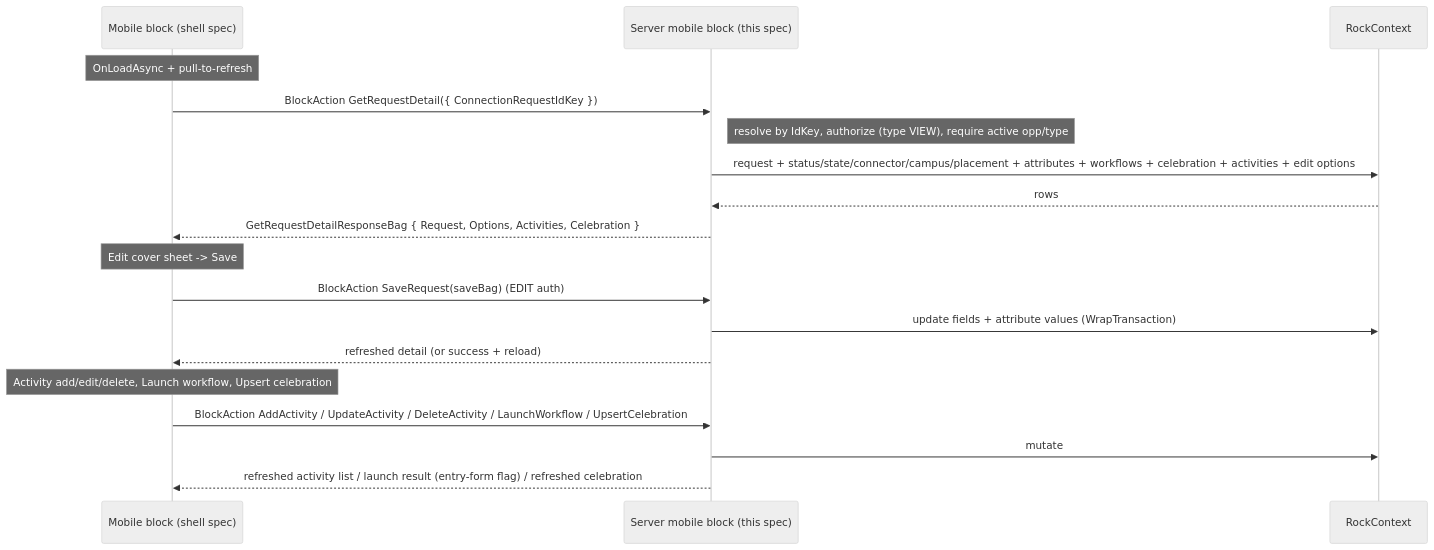
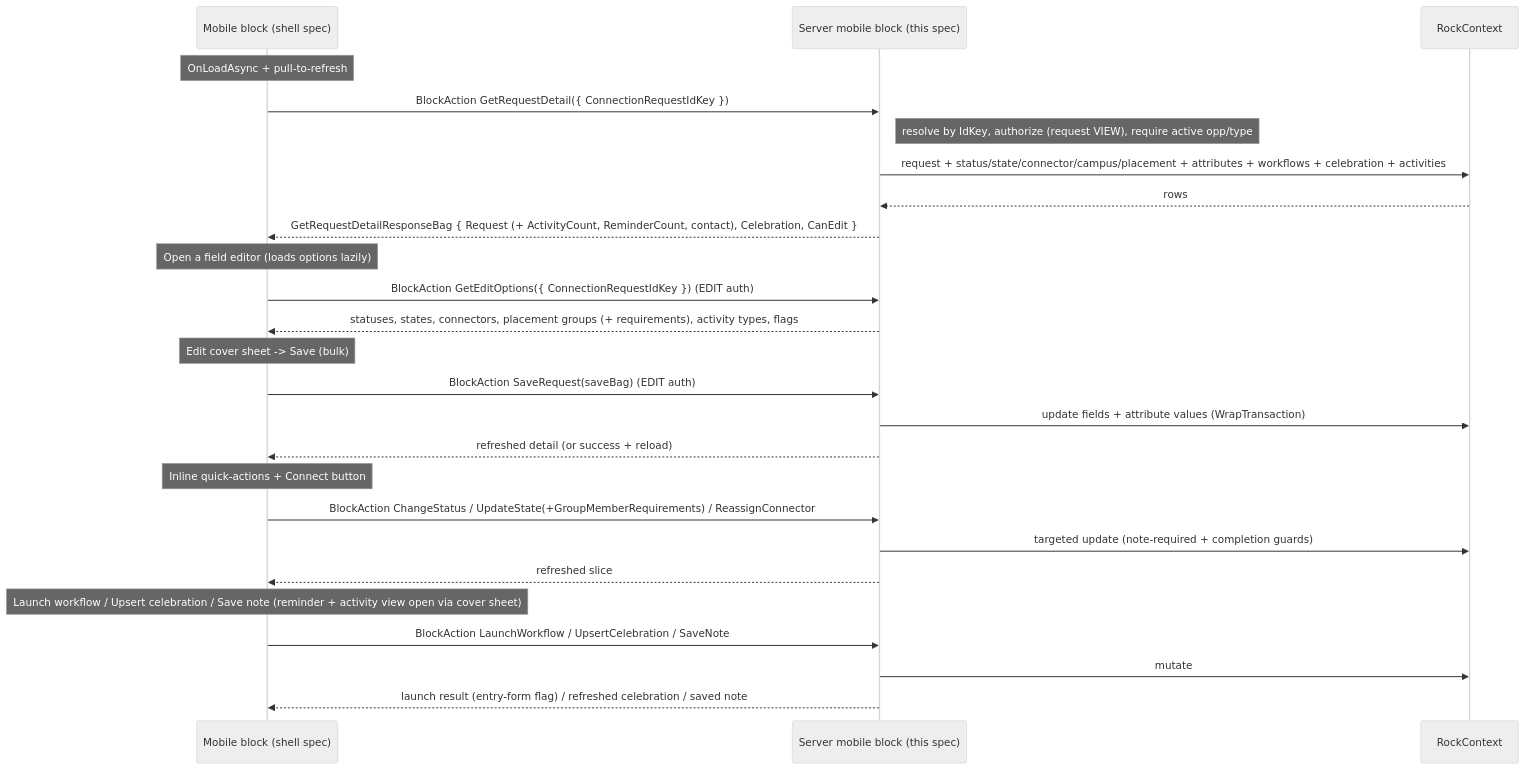
One commit to nwoeddie/Rock changed the diagram in specs/260610-mobile-connection-request-detail.md. Above: the diagram before and after it, drawn with Mermaid (neutral theme). The commit also changed other lines of this file and 2 other files, not shown here.

Commit message:
- Polished connection request detail.

````diff
--- a/specs/260610-mobile-connection-request-detail.md
+++ b/specs/260610-mobile-connection-request-detail.md
@@ -136,23 +155,32 @@
 ```mermaid
 sequenceDiagram
     participant M as Mobile block (shell spec)
     participant S as Server mobile block (this spec)
     participant DB as RockContext
 
     Note over M: OnLoadAsync + pull-to-refresh
     M->>S: BlockAction GetRequestDetail({ ConnectionRequestIdKey })
-    Note right of S: resolve by IdKey, authorize (type VIEW), require active opp/type
-    S->>DB: request + status/state/connector/campus/placement + attributes + workflows + celebration + activities + edit options
+    Note right of S: resolve by IdKey, authorize (request VIEW), require active opp/type
+    S->>DB: request + status/state/connector/campus/placement + attributes + workflows + celebration + activities
     DB-->>S: rows
-    S-->>M: GetRequestDetailResponseBag { Request, Options, Activities, Celebration }
+    S-->>M: GetRequestDetailResponseBag { Request (+ ActivityCount, ReminderCount, contact), Celebration, CanEdit }
 
-    Note over M: Edit cover sheet -> Save
+    Note over M: Open a field editor (loads options lazily)
+    M->>S: BlockAction GetEditOptions({ ConnectionRequestIdKey })  (EDIT auth)
+    S-->>M: statuses, states, connectors, placement groups (+ requirements), activity types, flags
+
+    Note over M: Edit cover sheet -> Save (bulk)
     M->>S: BlockAction SaveRequest(saveBag)  (EDIT auth)
     S->>DB: update fields + attribute values (WrapTransaction)
     S-->>M: refreshed detail (or success + reload)
 
-    Note over M: Activity add/edit/delete, Launch workflow, Upsert celebration
-    M->>S: BlockAction AddActivity / UpdateActivity / DeleteActivity / LaunchWorkflow / UpsertCelebration
+    Note over M: Inline quick-actions + Connect button
+    M->>S: BlockAction ChangeStatus / UpdateState(+GroupMemberRequirements) / ReassignConnector
+    S->>DB: targeted update (note-required + completion guards)
+    S-->>M: refreshed slice
+
+    Note over M: Launch workflow / Upsert celebration / Save note (reminder + activity view open via cover sheet)
+    M->>S: BlockAction LaunchWorkflow / UpsertCelebration / SaveNote
     S->>DB: mutate
-    S-->>M: refreshed activity list / launch result (entry-form flag) / refreshed celebration
+    S-->>M: launch result (entry-form flag) / refreshed celebration / saved note
 ```
````
